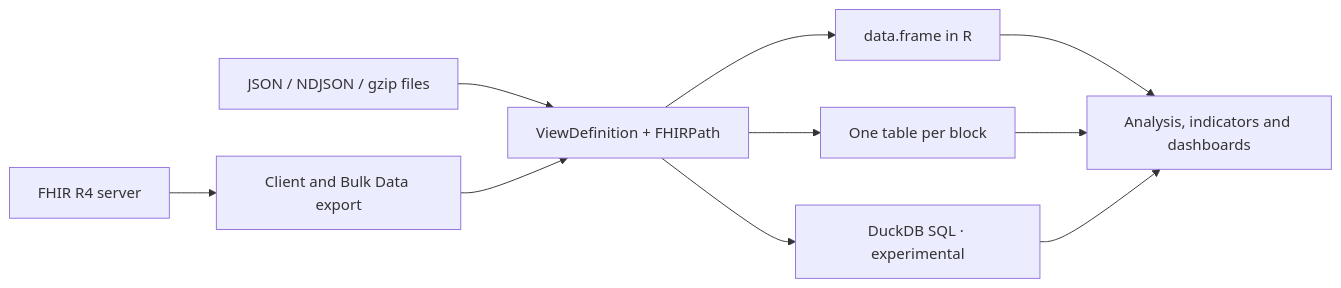
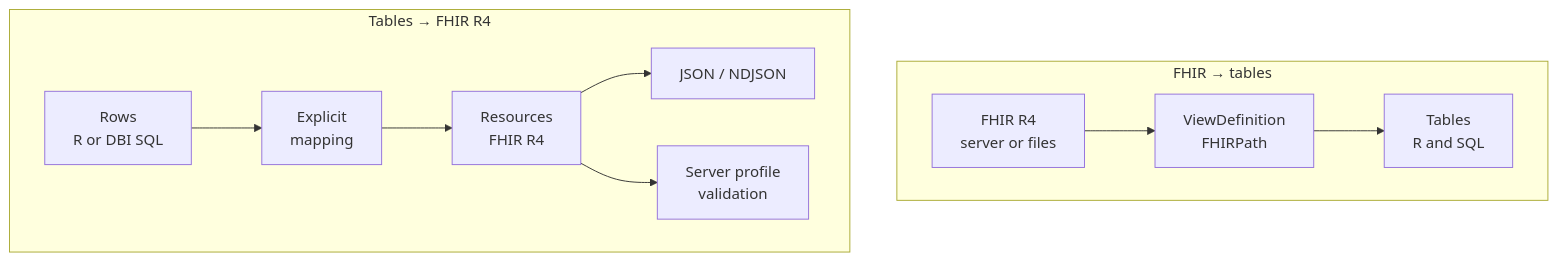
One commit to f-slg/fhirviews changed the first of 10 diagrams in README.en.md. Above: the diagram before and after it, drawn with Mermaid. The commit also changed other lines of this file and 5 other files, not shown here.

Commit message:
Replace opening diagram with Mermaid and document the R4 and Rust scope

````diff
--- a/README.en.md
+++ b/README.en.md
@@ -117,12 +44,17 @@
 ```mermaid
-flowchart LR
-    A["JSON / NDJSON / gzip files"] --> V["ViewDefinition + FHIRPath"]
-    B["FHIR R4 server"] --> C["Client and Bulk Data export"]
-    C --> V
-    V --> D["data.frame in R"]
-    V --> E["One table per block"]
-    V --> F["DuckDB SQL · experimental"]
-    D --> G["Analysis, indicators and dashboards"]
-    E --> G
-    F --> G
+flowchart TB
+    accTitle: fhirviews workflows with FHIR R4
+    accDescr: A view projects FHIR resources into tables. A separate explicit mapping builds R4 resources from rows, preserves decimal scale and supports server profile validation.
+    subgraph READ["FHIR → tables"]
+        direction LR
+        FHIR["FHIR R4<br/>server or files"] --> VIEW["ViewDefinition<br/>FHIRPath"]
+        VIEW --> TABLE["Tables<br/>R and SQL"]
+    end
+    subgraph BUILD["Tables → FHIR R4"]
+        direction LR
+        ROWS["Rows<br/>R or DBI SQL"] --> MAP["Explicit<br/>mapping"]
+        MAP --> R4["Resources<br/>FHIR R4"]
+        R4 --> OUT["JSON / NDJSON"]
+        R4 --> PROFILE["Server profile<br/>validation"]
+    end
 ```
````
